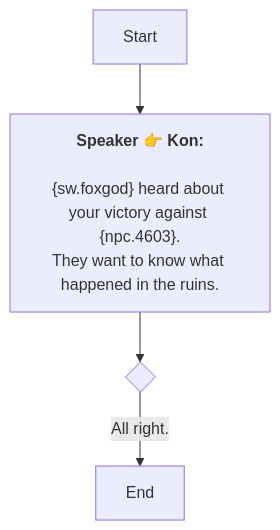
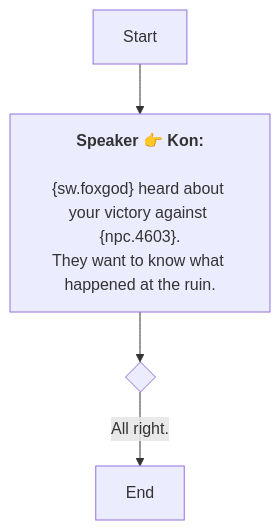
One commit to SoftHu/tos_avg changed the diagram in En/QuestStartTalkENode_1761913551980846.md. Above: the diagram before and after it, drawn with Mermaid. The commit also changed 312 other files, not shown here.

````diff
--- a/En/QuestStartTalkENode_1761913551980846.md
+++ b/En/QuestStartTalkENode_1761913551980846.md
@@ -1,10 +1,10 @@
 ```mermaid
 graph
 Start -->1761913589297457[<b>Speaker 👉 Kon:</b>
 
 &lbrace;sw.foxgod&rbrace; heard about your victory against &lbrace;npc.4603&rbrace;.
-They want to know what happened in the ruins.]
+They want to know what happened at the ruin.]
 1761913589297457 -->1761913663591730{ }
 1761913663591730 -->|All right.|1761913677739318[End]
 
  ```
````
